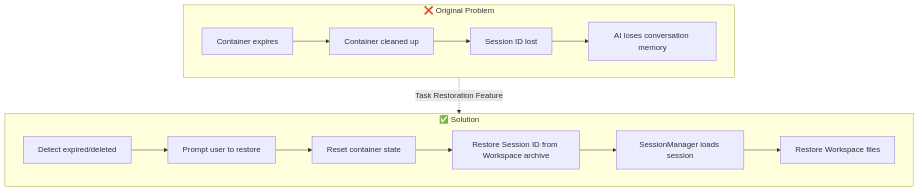
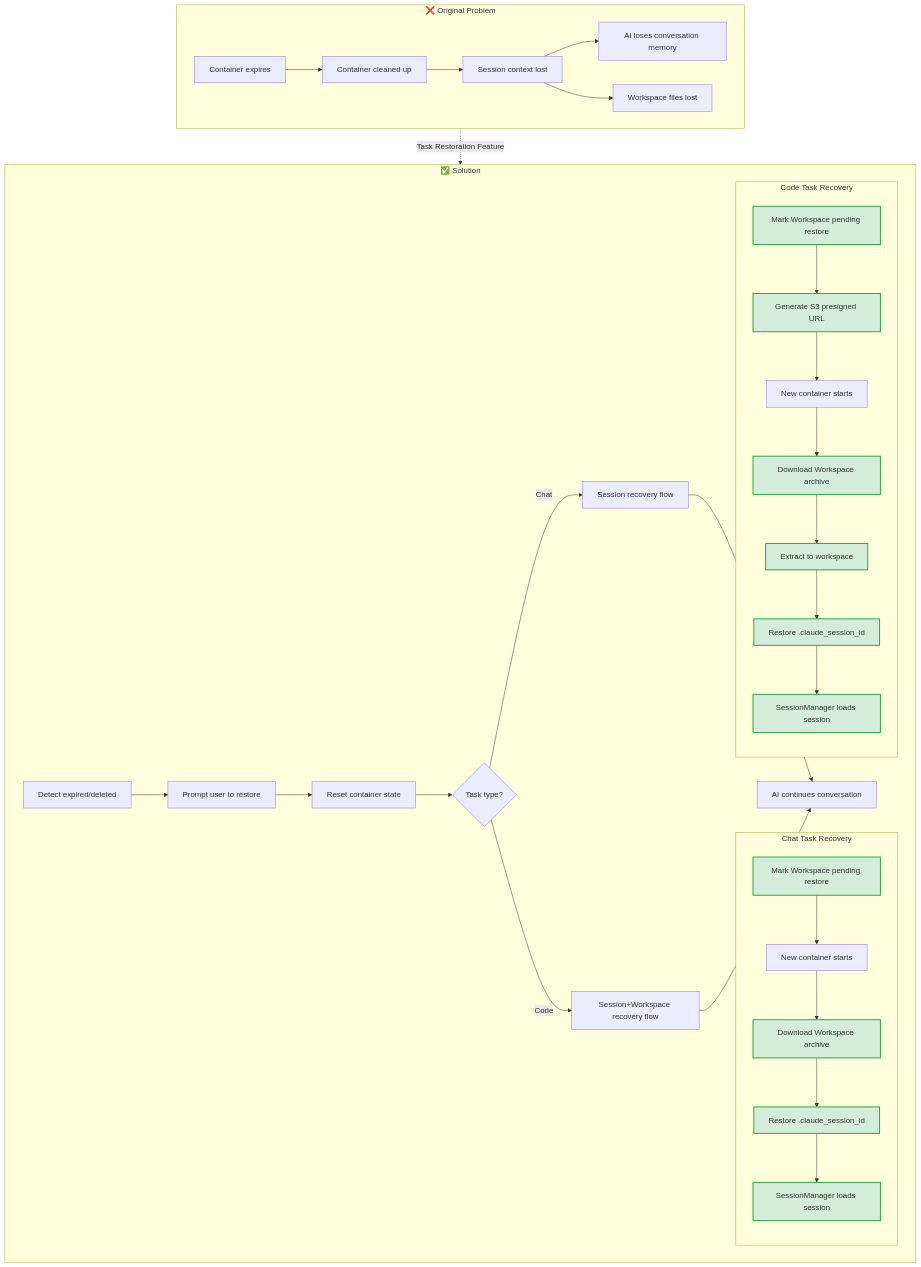
The first of 9 diagrams in docs/en/features/task-restore.md (wecode-ai/Wegent), drawn with Mermaid before and after one commit. The commit also changed other lines of this file and 1 other file, not shown here.

First line of the commit message:
docs: update task restore documentation with visual markers

````diff
--- a/docs/en/features/task-restore.md
+++ b/docs/en/features/task-restore.md
@@ -23,18 +29,42 @@
 ```mermaid
 flowchart TB
     subgraph Problem["❌ Original Problem"]
         A[Container expires] --> B[Container cleaned up]
-        B --> C[Session ID lost]
+        B --> C[Session context lost]
         C --> D[AI loses conversation memory]
+        C --> E[Workspace files lost]
     end
 
     subgraph Solution["✅ Solution"]
-        E[Detect expired/deleted] --> F[Prompt user to restore]
-        F --> G[Reset container state]
-        G --> H[Restore Session ID from Workspace archive]
-        H --> I[SessionManager loads session]
-        I --> J[Restore Workspace files]
+        F[Detect expired/deleted] --> G[Prompt user to restore]
+        G --> H[Reset container state]
+        H --> I{Task type?}
+        I -->|Chat| J[Session recovery flow]
+        I -->|Code| K[Session+Workspace recovery flow]
+
+        subgraph ChatRecovery["Chat Task Recovery"]
+            J1[Mark Workspace pending restore]:::new
+            J1 --> J2[New container starts]
+            J2 --> J3[Download Workspace archive]:::new
+            J3 --> J4[Restore .claude_session_id]:::new
+            J4 --> J5[SessionManager loads session]:::new
+        end
+
+        subgraph CodeRecovery["Code Task Recovery"]
+            K1[Mark Workspace pending restore]:::new
+            K1 --> K2[Generate S3 presigned URL]:::new
+            K2 --> K3[New container starts]
+            K3 --> K4[Download Workspace archive]:::new
+            K4 --> K5[Extract to workspace]:::new
+            K5 --> K6[Restore .claude_session_id]:::new
+            K6 --> K7[SessionManager loads session]:::new
+        end
+
+        J --> L[AI continues conversation]
+        K --> L
     end
 
     Problem -.->|Task Restoration Feature| Solution
+
+    classDef new fill:#d4edda,stroke:#28a745,stroke-width:2px
 ```
````
